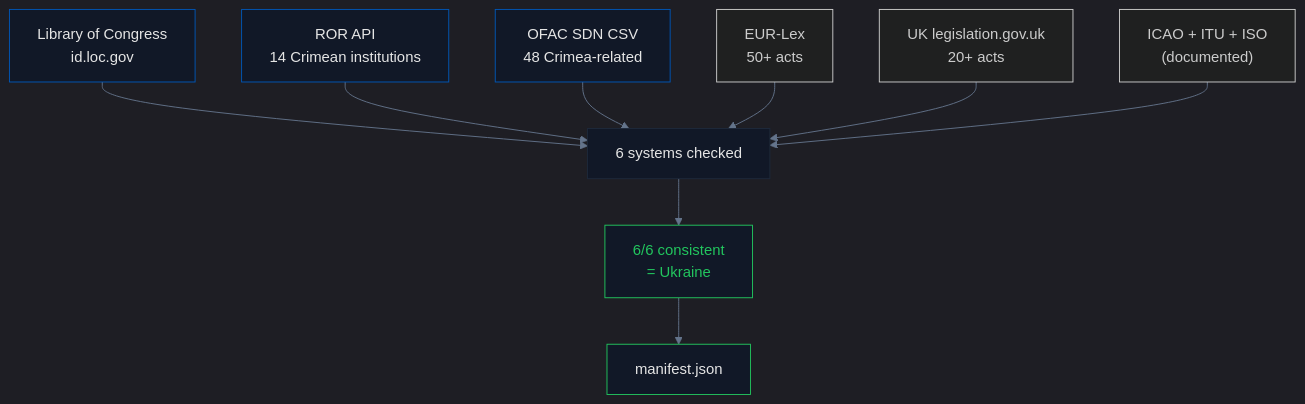
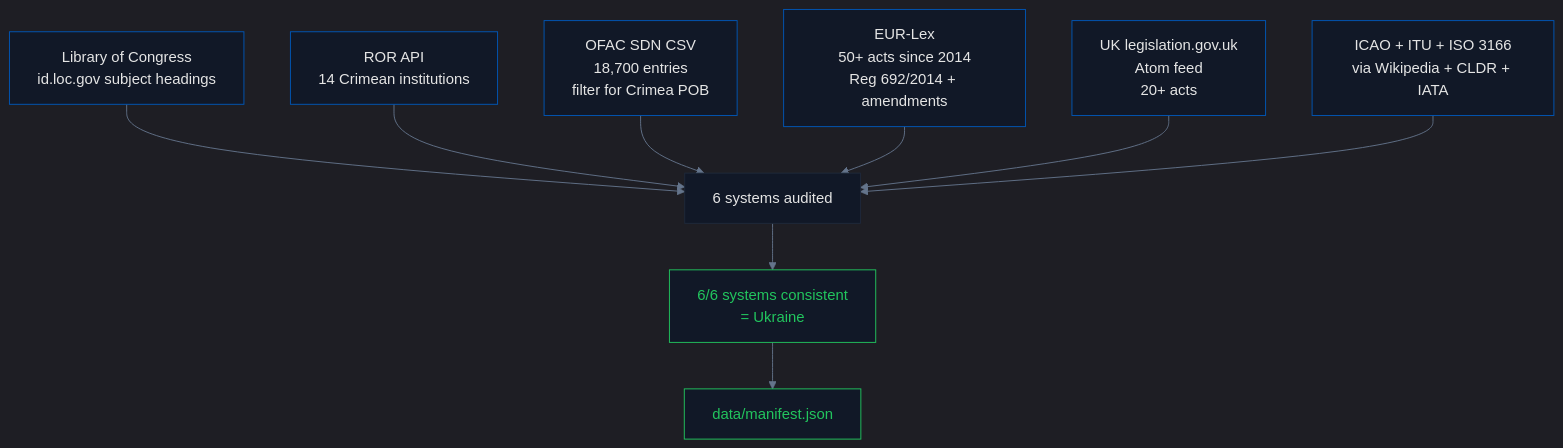
One commit to IvanDobrovolsky/crimeaisukraine changed the diagram in pipelines/institutions/README.md. Above: the diagram before and after it, drawn with Mermaid. The commit also changed other lines of this file and 6 other files, not shown here.

````diff
--- a/pipelines/institutions/README.md
+++ b/pipelines/institutions/README.md
@@ -23,19 +90,22 @@
 ```mermaid
-%%{init: {'theme': 'dark', 'themeVariables': {'primaryColor': '#0057b7', 'secondaryColor': '#ffd700', 'primaryTextColor': '#e5e5e5', 'lineColor': '#64748b', 'primaryBorderColor': '#1e293b'}}}%%
+%%{init: {'theme': 'dark', 'themeVariables': {'primaryColor': '#0057b7', 'primaryTextColor': '#e5e5e5', 'lineColor': '#64748b', 'primaryBorderColor': '#1e293b'}}}%%
 graph TB
-  A["Library of Congress<br/>id.loc.gov"] --> X["6 systems checked"]
-  B["ROR API<br/>14 Crimean institutions"] --> X
-  C["OFAC SDN CSV<br/>48 Crimea-related"] --> X
-  D["EUR-Lex<br/>50+ acts"] --> X
-  E["UK legislation.gov.uk<br/>20+ acts"] --> X
-  F["ICAO + ITU + ISO<br/>(documented)"] --> X
-  X --> Y["6/6 consistent<br/>= Ukraine"]
-  Y --> Z["manifest.json"]
+    A["Library of Congress<br/>id.loc.gov subject headings"] --> X["6 systems audited"]
+    B["ROR API<br/>14 Crimean institutions"] --> X
+    C["OFAC SDN CSV<br/>18,700 entries<br/>filter for Crimea POB"] --> X
+    D["EUR-Lex<br/>50+ acts since 2014<br/>Reg 692/2014 + amendments"] --> X
+    E["UK legislation.gov.uk<br/>Atom feed<br/>20+ acts"] --> X
+    F["ICAO + ITU + ISO 3166<br/>via Wikipedia + CLDR + IATA"] --> X
+    X --> Y["6/6 systems consistent<br/>= Ukraine"]
+    Y --> Z["data/manifest.json"]
 
-  style A fill:#111827,stroke:#0057b7,color:#e5e5e5
-  style B fill:#111827,stroke:#0057b7,color:#e5e5e5
-  style C fill:#111827,stroke:#0057b7,color:#e5e5e5
-  style X fill:#111827,stroke:#1e293b,color:#e5e5e5
-  style Y fill:#111827,stroke:#22c55e,color:#22c55e
-  style Z fill:#111827,stroke:#22c55e,color:#e5e5e5
+    style A fill:#111827,stroke:#0057b7,color:#e5e5e5
+    style B fill:#111827,stroke:#0057b7,color:#e5e5e5
+    style C fill:#111827,stroke:#0057b7,color:#e5e5e5
+    style D fill:#111827,stroke:#0057b7,color:#e5e5e5
+    style E fill:#111827,stroke:#0057b7,color:#e5e5e5
+    style F fill:#111827,stroke:#0057b7,color:#e5e5e5
+    style X fill:#111827,stroke:#1e293b,color:#e5e5e5
+    style Y fill:#111827,stroke:#22c55e,color:#22c55e
+    style Z fill:#111827,stroke:#22c55e,color:#22c55e
 ```
````
